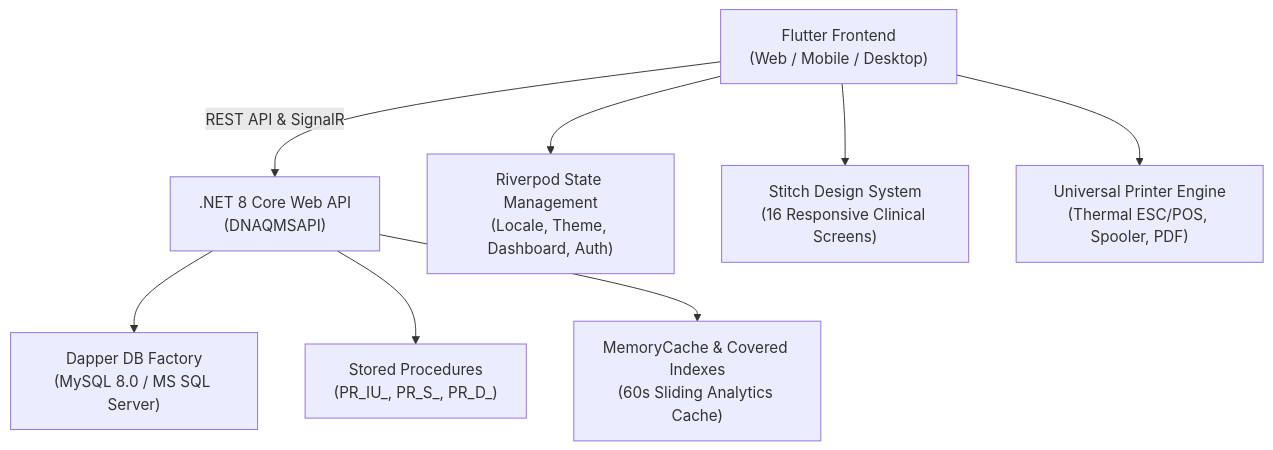
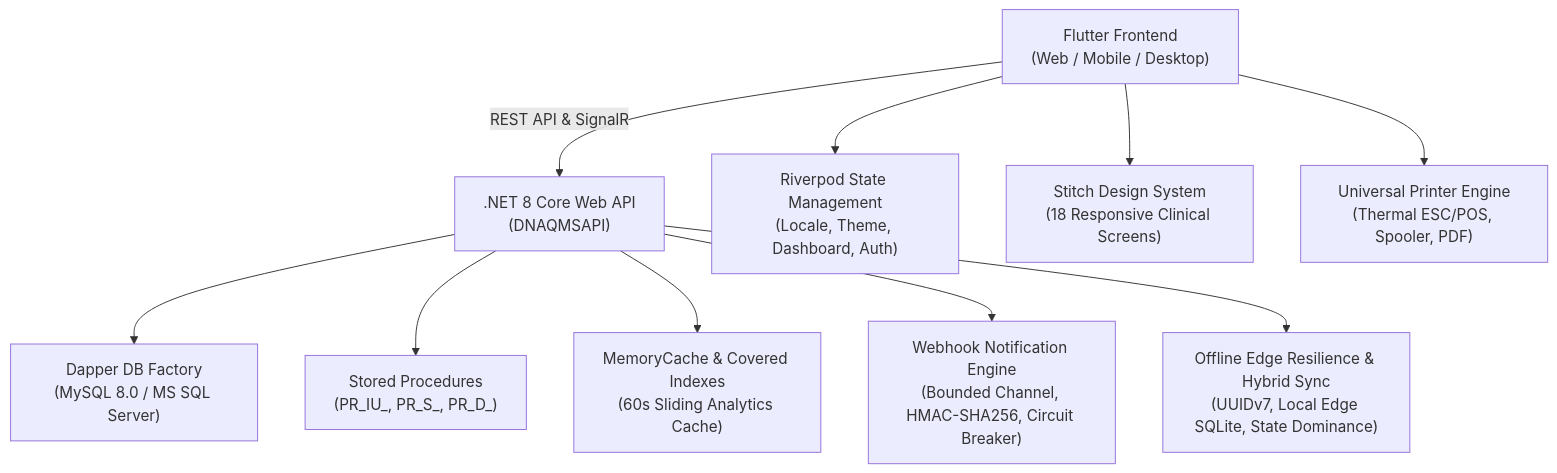
One commit to ikdevops2021-blip/EnterpriseCoreWebApi changed the diagram in PROJECT_STATUS_REPORT.md. Above: the diagram before and after it, drawn with Mermaid. The commit also changed other lines of this file and 40 other files, not shown here.

Commit message:
feat(edge-sync,webhooks): implement Webhook Notification Engine and Offline Edge Resilience Hybrid Sync end-to-end

````diff
--- a/PROJECT_STATUS_REPORT.md
+++ b/PROJECT_STATUS_REPORT.md
@@ -22,10 +22,12 @@
 ```mermaid
 graph TD
     A["Flutter Frontend<br/>(Web / Mobile / Desktop)"] -->|REST API & SignalR| B[".NET 8 Core Web API<br/>(DNAQMSAPI)"]
     B --> C["Dapper DB Factory<br/>(MySQL 8.0 / MS SQL Server)"]
     B --> D["Stored Procedures<br/>(PR_IU_, PR_S_, PR_D_)"]
     B --> E["MemoryCache & Covered Indexes<br/>(60s Sliding Analytics Cache)"]
     A --> F["Riverpod State Management<br/>(Locale, Theme, Dashboard, Auth)"]
-    A --> G["Stitch Design System<br/>(16 Responsive Clinical Screens)"]
+    A --> G["Stitch Design System<br/>(18 Responsive Clinical Screens)"]
     A --> H["Universal Printer Engine<br/>(Thermal ESC/POS, Spooler, PDF)"]
+    B --> I["Webhook Notification Engine<br/>(Bounded Channel, HMAC-SHA256, Circuit Breaker)"]
+    B --> J["Offline Edge Resilience & Hybrid Sync<br/>(UUIDv7, Local Edge SQLite, State Dominance)"]
 ```
````
